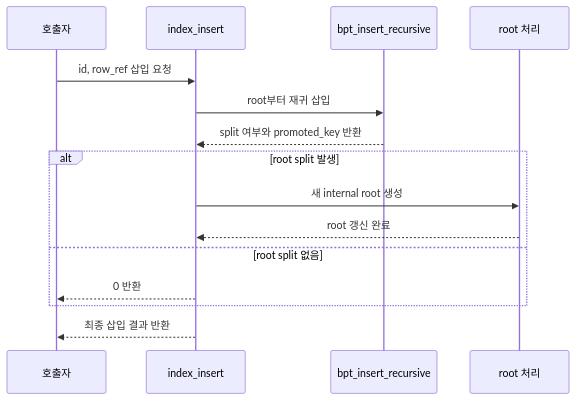
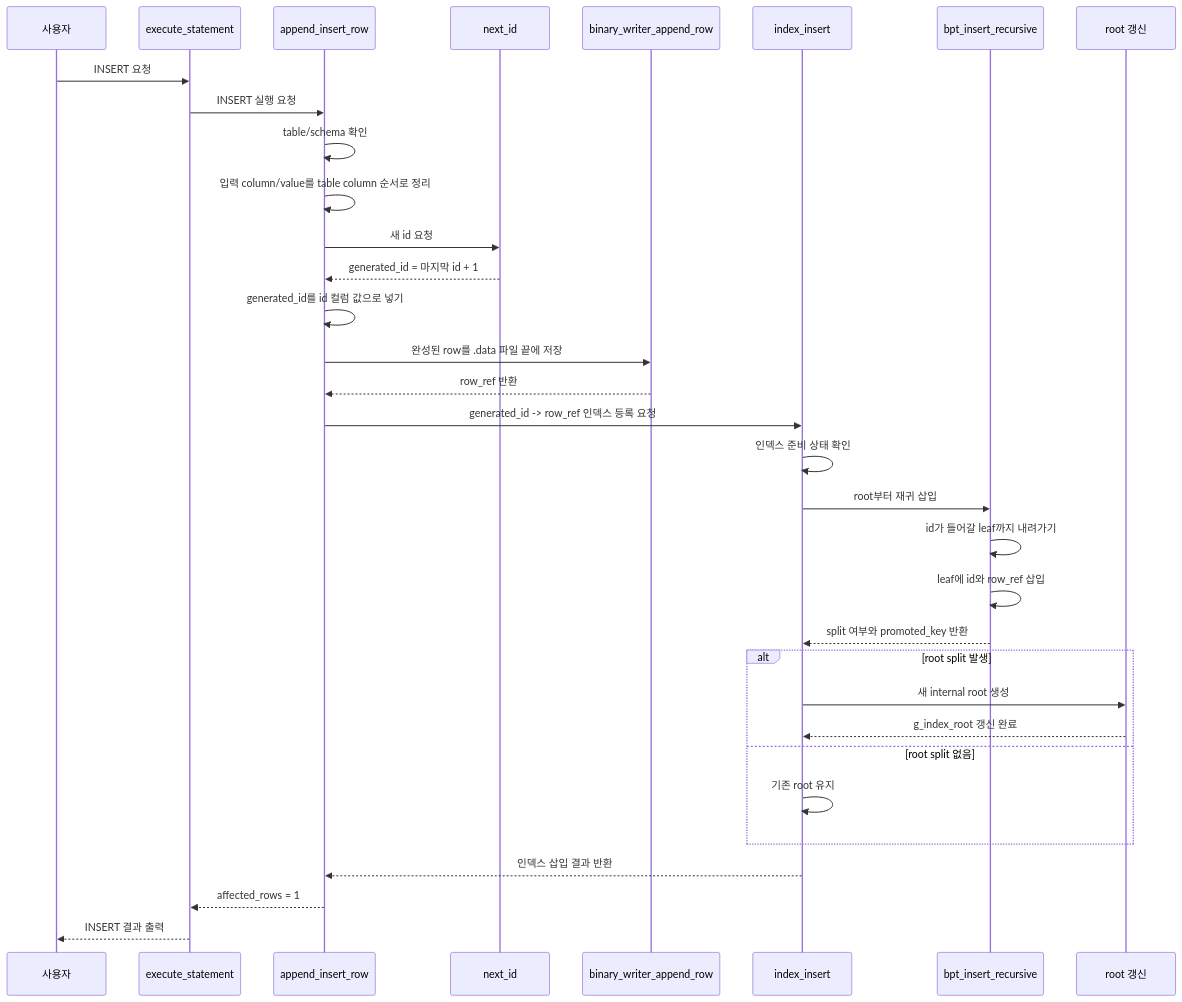
One commit to Jungle-12-303/week7-team1-sql-2 changed the fourth of 11 diagrams in docs/study/MinJeong/btreeStudy/03-bplustree-implementation-flow.md. Above: the diagram before and after it, drawn with Mermaid. The commit also changed other lines of this file and 1 other file, not shown here.

````diff
--- a/docs/study/MinJeong/btreeStudy/03-bplustree-implementation-flow.md
+++ b/docs/study/MinJeong/btreeStudy/03-bplustree-implementation-flow.md
@@ -173,18 +177,36 @@
 ```mermaid
 sequenceDiagram
-    participant Caller as 호출자
+    participant User as 사용자
+    participant Exec as execute_statement
+    participant Append as append_insert_row
+    participant Id as next_id
+    participant Writer as binary_writer_append_row
     participant Insert as index_insert
     participant Rec as bpt_insert_recursive
-    participant Root as root 처리
+    participant Root as root 갱신
 
-    Caller->>Insert: id, row_ref 삽입 요청
+    User->>Exec: INSERT 요청
+    Exec->>Append: INSERT 실행 요청
+    Append->>Append: table/schema 확인
+    Append->>Append: 입력 column/value를 table column 순서로 정리
+    Append->>Id: 새 id 요청
+    Id-->>Append: generated_id = 마지막 id + 1
+    Append->>Append: generated_id를 id 컬럼 값으로 넣기
+    Append->>Writer: 완성된 row를 .data 파일 끝에 저장
+    Writer-->>Append: row_ref 반환
+    Append->>Insert: generated_id -> row_ref 인덱스 등록 요청
+    Insert->>Insert: 인덱스 준비 상태 확인
     Insert->>Rec: root부터 재귀 삽입
+    Rec->>Rec: id가 들어갈 leaf까지 내려가기
+    Rec->>Rec: leaf에 id와 row_ref 삽입
     Rec-->>Insert: split 여부와 promoted_key 반환
     alt root split 발생
         Insert->>Root: 새 internal root 생성
-        Root-->>Insert: root 갱신 완료
+        Root-->>Insert: g_index_root 갱신 완료
     else root split 없음
-        Insert-->>Caller: 0 반환
+        Insert->>Insert: 기존 root 유지
     end
-    Insert-->>Caller: 최종 삽입 결과 반환
+    Insert-->>Append: 인덱스 삽입 결과 반환
+    Append-->>Exec: affected_rows = 1
+    Exec-->>User: INSERT 결과 출력
 ```
````
